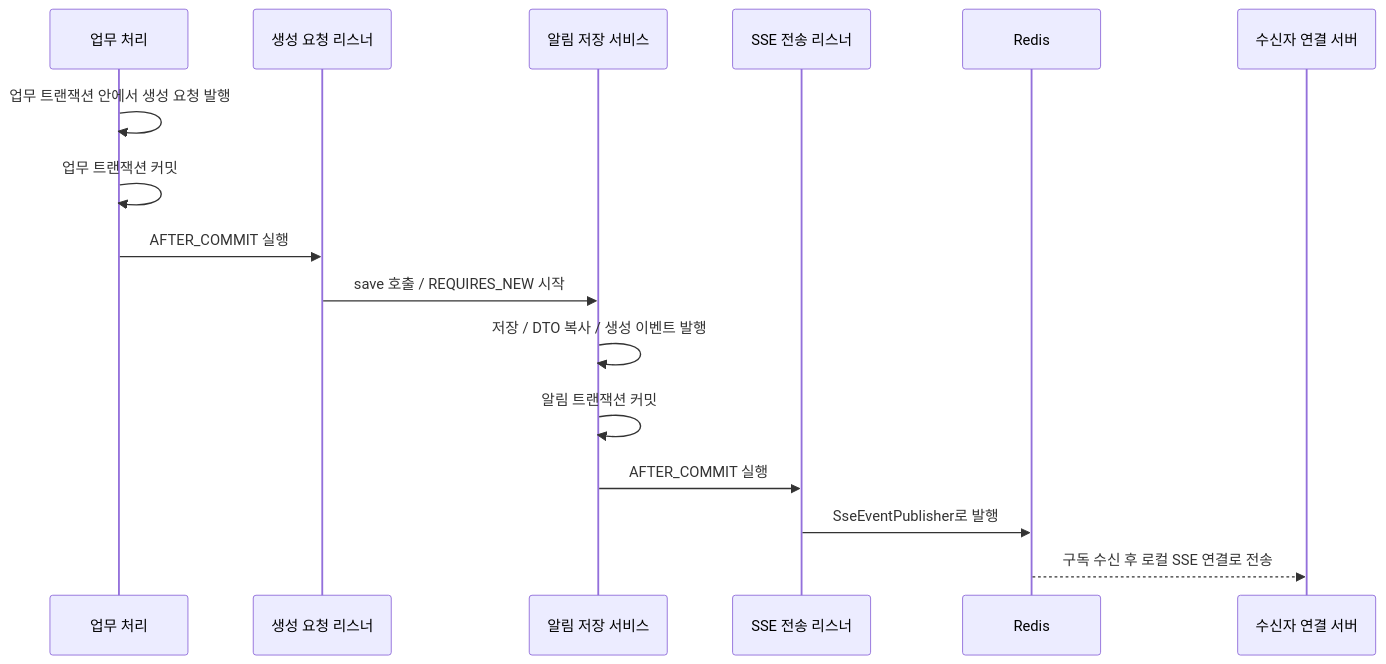
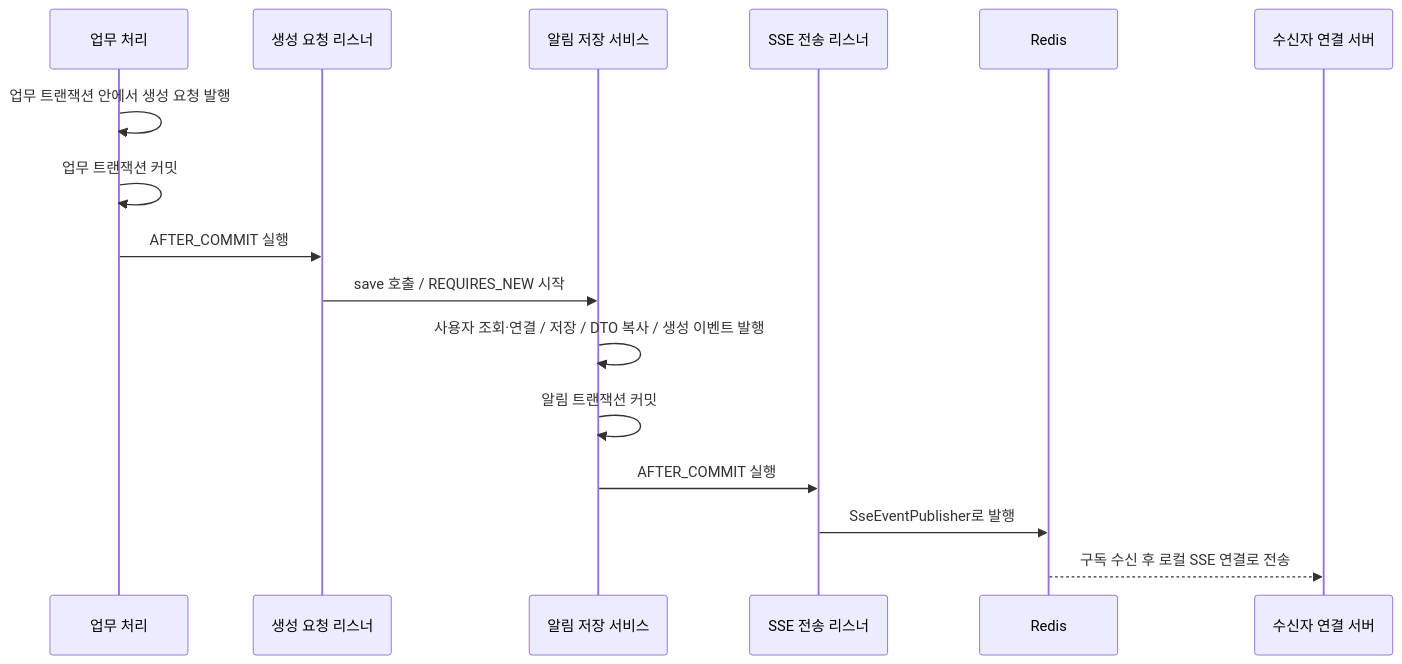
One commit to codeit-backend13-part4-team1/playlist_for_everyone changed the diagram in docs/notification/01-creation-and-delivery.md. Above: the diagram before and after it, drawn with Mermaid. The commit also changed other lines of this file and 7 other files, not shown here.

````diff
--- a/docs/notification/01-creation-and-delivery.md
+++ b/docs/notification/01-creation-and-delivery.md
@@ -39,18 +41,18 @@
 ```mermaid
 sequenceDiagram
     participant B as 업무 처리
     participant R as 생성 요청 리스너
     participant N as 알림 저장 서비스
     participant S as SSE 전송 리스너
     participant Redis as Redis
     participant C as 수신자 연결 서버
     B->>B: 업무 트랜잭션 안에서 생성 요청 발행
     B->>B: 업무 트랜잭션 커밋
     B->>R: AFTER_COMMIT 실행
     R->>N: save 호출 / REQUIRES_NEW 시작
-    N->>N: 저장 / DTO 복사 / 생성 이벤트 발행
+    N->>N: 사용자 조회·연결 / 저장 / DTO 복사 / 생성 이벤트 발행
     N->>N: 알림 트랜잭션 커밋
     N->>S: AFTER_COMMIT 실행
     S->>Redis: SseEventPublisher로 발행
     Redis-->>C: 구독 수신 후 로컬 SSE 연결로 전송
 ```
````
